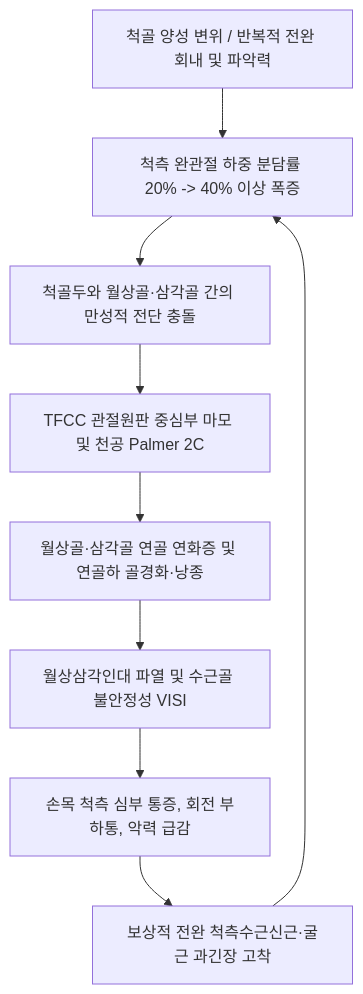
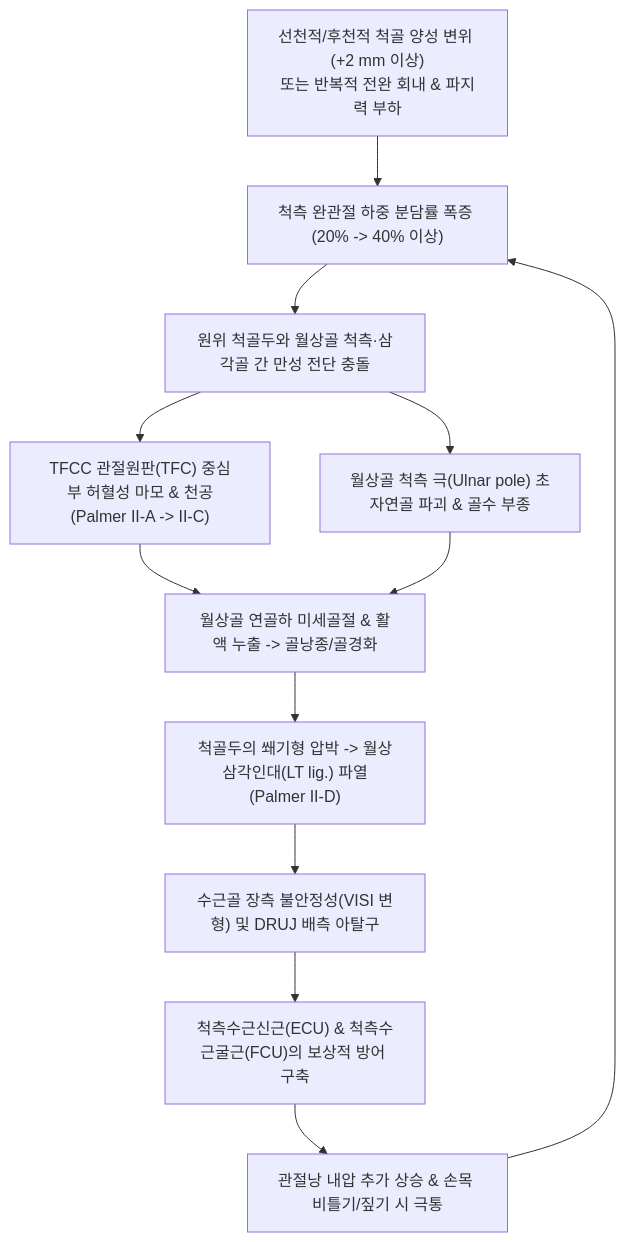
One commit to simbio11/simbio-digital-garden2 changed the second of 6 diagrams in content/3. 이론 공부/질환/근골격계 질환/상지/척골충돌 증후군.md. Above: the diagram before and after it, drawn with Mermaid. The commit also changed other lines of this file and 350 other files, not shown here.

````diff
--- a/content/3. 이론 공부/질환/근골격계 질환/상지/척골충돌 증후군.md
+++ b/content/3. 이론 공부/질환/근골격계 질환/상지/척골충돌 증후군.md
@@ -67,11 +130,17 @@
 ```mermaid
 graph TD
-    A[척골 양성 변위 / 반복적 전완 회내 및 파악력] --> B[척측 완관절 하중 분담률 20% -> 40% 이상 폭증]
-    B --> C[척골두와 월상골·삼각골 간의 만성적 전단 충돌]
-    C --> D[TFCC 관절원판 중심부 마모 및 천공 Palmer 2C]
-    D --> E[월상골·삼각골 연골 연화증 및 연골하 골경화·낭종]
-    E --> F[월상삼각인대 파열 및 수근골 불안정성 VISI]
-    F --> G[손목 척측 심부 통증, 회전 부하통, 악력 급감]
-    G --> H[보상적 전완 척측수근신근·굴근 과긴장 고착]
-    H --> B
+    A["선천적/후천적 척골 양성 변위 (+2 mm 이상)<br>또는 반복적 전완 회내 & 파지력 부하"] --> B["척측 완관절 하중 분담률 폭증 (20% -> 40% 이상)"]
+    B --> C["원위 척골두와 월상골 척측·삼각골 간 만성 전단 충돌"]
+    
+    C --> D1["TFCC 관절원판(TFC) 중심부 허혈성 마모 & 천공<br>(Palmer II-A -> II-C)"]
+    C --> D2["월상골 척측 극(Ulnar pole) 초자연골 파괴 & 골수 부종"]
+    
+    D1 & D2 --> E["월상골 연골하 미세골절 & 활액 누출 -> 골낭종/골경화"]
+    E --> F["척골두의 쐐기형 압박 -> 월상삼각인대(LT lig.) 파열<br>(Palmer II-D)"]
+    
+    F --> G["수근골 장측 불안정성(VISI 변형) 및 DRUJ 배측 아탈구"]
+    G --> H["척측수근신근(ECU) & 척측수근굴근(FCU)의 보상적 방어 구축"]
+    
+    H --> I["관절낭 내압 추가 상승 & 손목 비틀기/짚기 시 극통"]
+    I --> B
 ```
````
